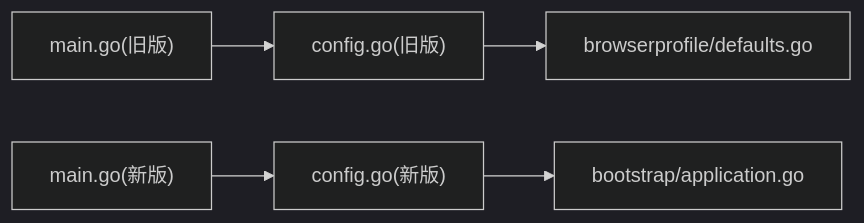
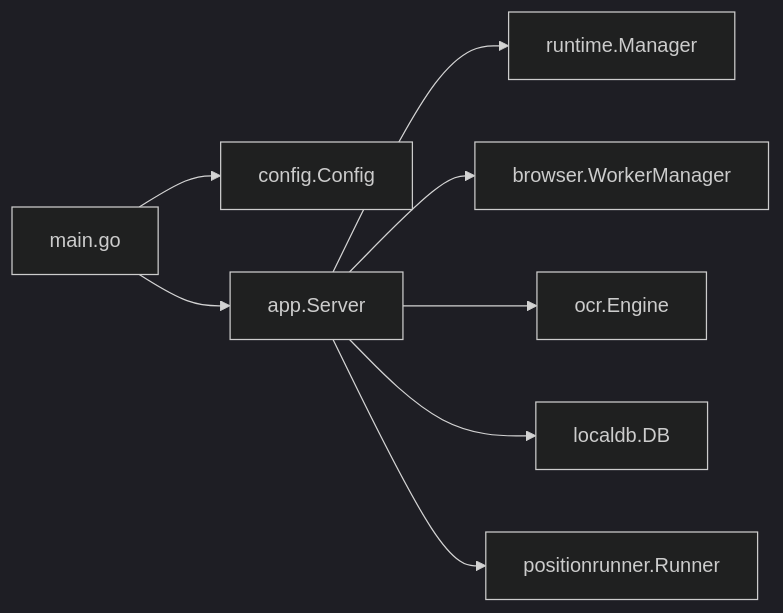
One commit to alvinwangzi/goodhr changed the fourth of 4 diagrams in .qoder/repowiki/zh/content/本地执行器/核心架构/配置管理.md. Above: the diagram before and after it, drawn with Mermaid (dark theme). The commit also changed other lines of this file and 149 other files, not shown here.

````diff
--- a/.qoder/repowiki/zh/content/本地执行器/核心架构/配置管理.md
+++ b/.qoder/repowiki/zh/content/本地执行器/核心架构/配置管理.md
@@ -316,7 +279,10 @@
 ```mermaid
 graph LR
-MainOld["main.go(旧版)"] --> CfgOld["config.go(旧版)"]
-CfgOld --> BP["browserprofile/defaults.go"]
-MainNew["main.go(新版)"] --> CfgNew["config.go(新版)"]
-CfgNew --> Boot["bootstrap/application.go"]
+M["main.go"] --> C["config.Config"]
+M --> S["app.Server"]
+S --> R["runtime.Manager"]
+S --> W["browser.WorkerManager"]
+S --> O["ocr.Engine"]
+S --> D["localdb.DB"]
+S --> P["positionrunner.Runner"]
 ```
````
